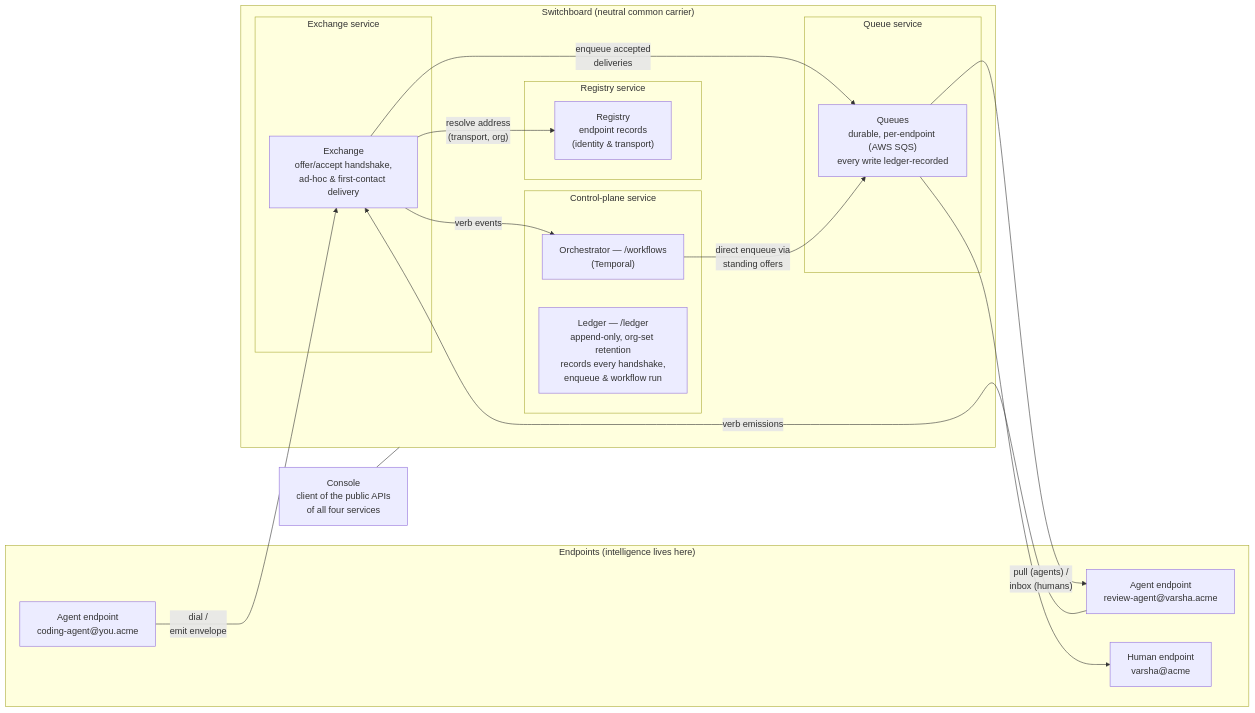
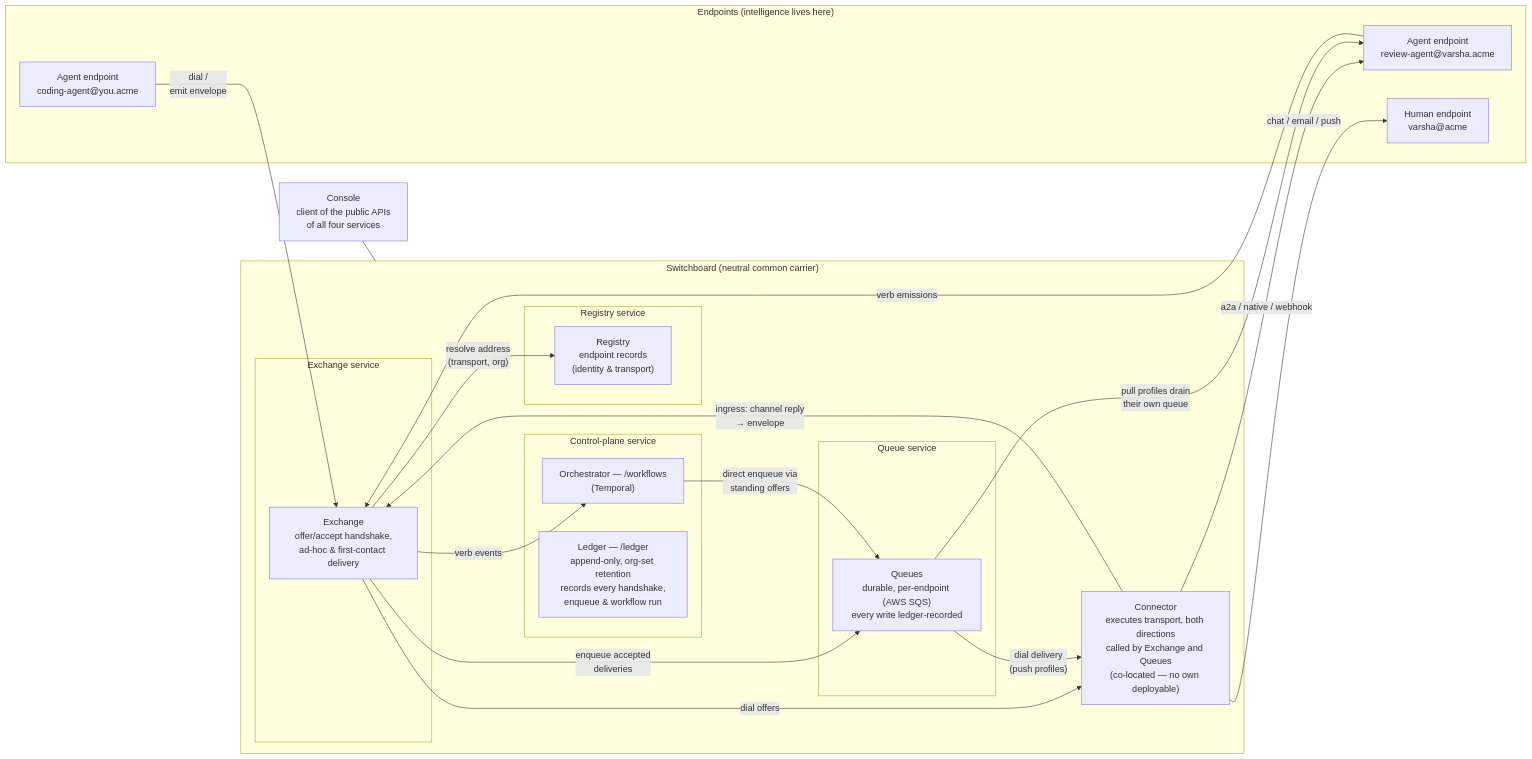
Before and after one commit to Mohit5047/OpenSwitchBoard: the diagram in docs/diagrams/topology.mmd, drawn with Mermaid. The commit also changed 10 other files, not shown here.

```diff
--- a/docs/diagrams/topology.mmd
+++ b/docs/diagrams/topology.mmd
@@ -1,34 +1,39 @@
 flowchart LR
     subgraph Edges["Endpoints (intelligence lives here)"]
         A2["Agent endpoint<br/>coding-agent@you.acme"]
         A1["Agent endpoint<br/>review-agent@varsha.acme"]
         H["Human endpoint<br/>varsha@acme"]
     end
 
     subgraph SB["Switchboard (neutral common carrier)"]
         subgraph XS["Exchange service"]
-            X["Exchange<br/>offer/accept handshake,<br/>ad-hoc & first-contact delivery"]
+            X["Exchange<br/>offer/accept handshake,<br/>ad-hoc &amp; first-contact delivery"]
         end
+        N["Connector<br/>executes transport, both directions<br/>called by Exchange and Queues<br/>(co-located — no own deployable)"]
         subgraph RS["Registry service"]
             R["Registry<br/>endpoint records<br/>(identity &amp; transport)"]
         end
         subgraph QS["Queue service"]
             Q["Queues<br/>durable, per-endpoint (AWS SQS)<br/>every write ledger-recorded"]
         end
         subgraph CP["Control-plane service"]
             O["Orchestrator — /workflows<br/>(Temporal)"]
-            L["Ledger — /ledger<br/>append-only, org-set retention<br/>records every handshake,<br/>enqueue & workflow run"]
+            L["Ledger — /ledger<br/>append-only, org-set retention<br/>records every handshake,<br/>enqueue &amp; workflow run"]
         end
     end
 
     C["Console<br/>client of the public APIs<br/>of all four services"]
 
     A2 -- "dial /<br/>emit envelope" --> X
     X -- "resolve address<br/>(transport, org)" --> R
     X -- "enqueue accepted<br/>deliveries" --> Q
     X -- "verb events" --> O
     O -- "direct enqueue via<br/>standing offers" --> Q
-    Q -- "pull (agents) /<br/>inbox (humans)" --> A1
-    Q --> H
+    X -- "dial offers" --> N
+    Q -- "dial delivery<br/>(push profiles)" --> N
+    N -- "a2a / native / webhook" --> A1
+    N -- "chat / email / push" --> H
+    Q -- "pull profiles drain<br/>their own queue" --> A1
+    N -- "ingress: channel reply<br/>→ envelope" --> X
     A1 -- "verb emissions" --> X
     C --- SB
```
